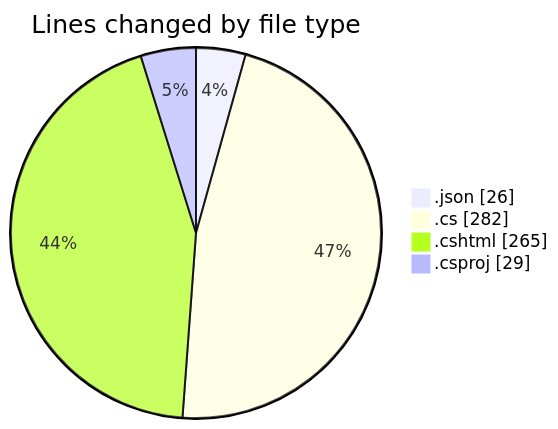
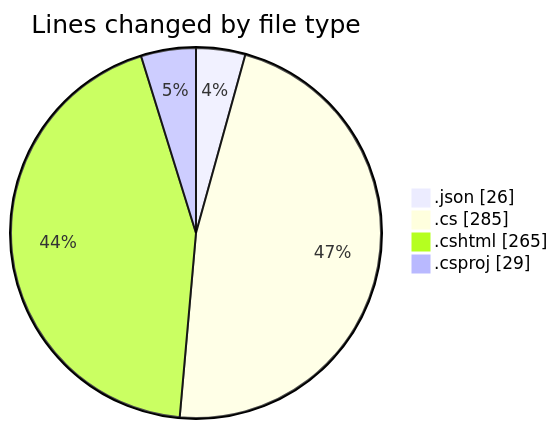
Before and after one commit to lephambinh05/code-tracking: the first of 2 diagrams in 2025-07-19/nhahang/README.md, drawn with Mermaid. The commit also changed other lines of this file and 1 other file, not shown here.

````diff
--- a/2025-07-19/nhahang/README.md
+++ b/2025-07-19/nhahang/README.md
@@ -31,8 +31,8 @@
 ```mermaid
 pie showData
 title Lines changed by file type
 ".json" : 26
-".cs" : 282
+".cs" : 285
 ".cshtml" : 265
 ".csproj" : 29
 ```
````
